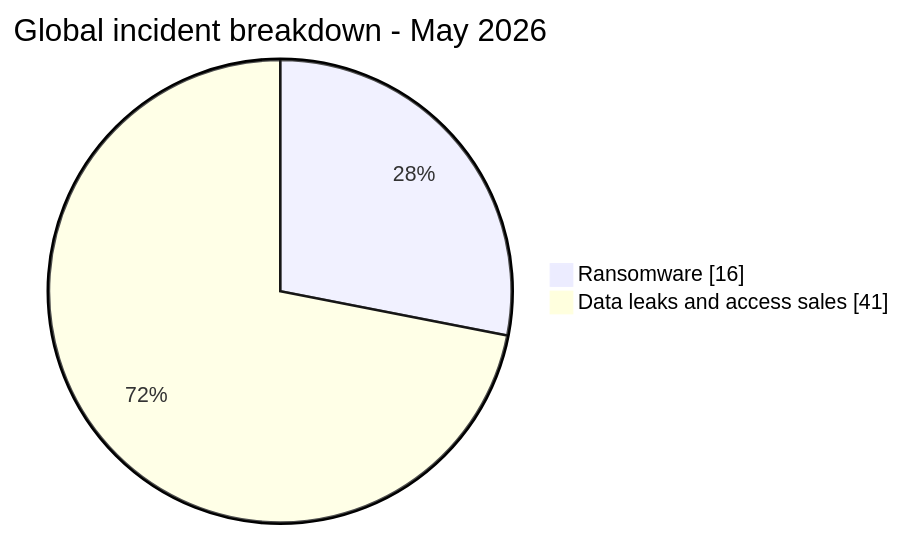
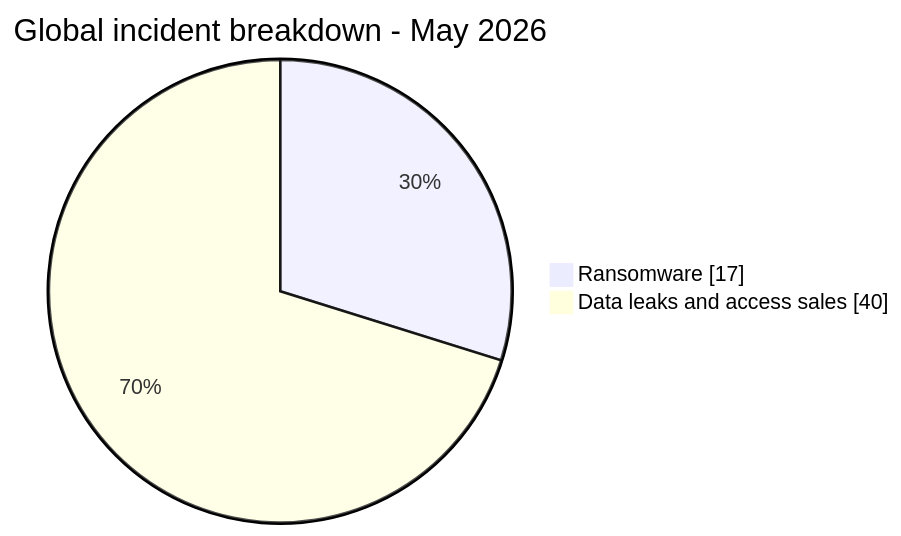
One commit to Hatchepsoute/AFRINTEL changed the first of 7 diagrams in statistics/2026/05-may/README.md. Above: the diagram before and after it, drawn with Mermaid. The commit also changed other lines of this file and 85 other files, not shown here.

````diff
--- a/statistics/2026/05-may/README.md
+++ b/statistics/2026/05-may/README.md
@@ -44,6 +44,6 @@
 ```mermaid
 pie showData
     title Global incident breakdown - May 2026
-    "Ransomware" : 16
-    "Data leaks and access sales" : 41
+    "Ransomware" : 17
+    "Data leaks and access sales" : 40
 ```
````
